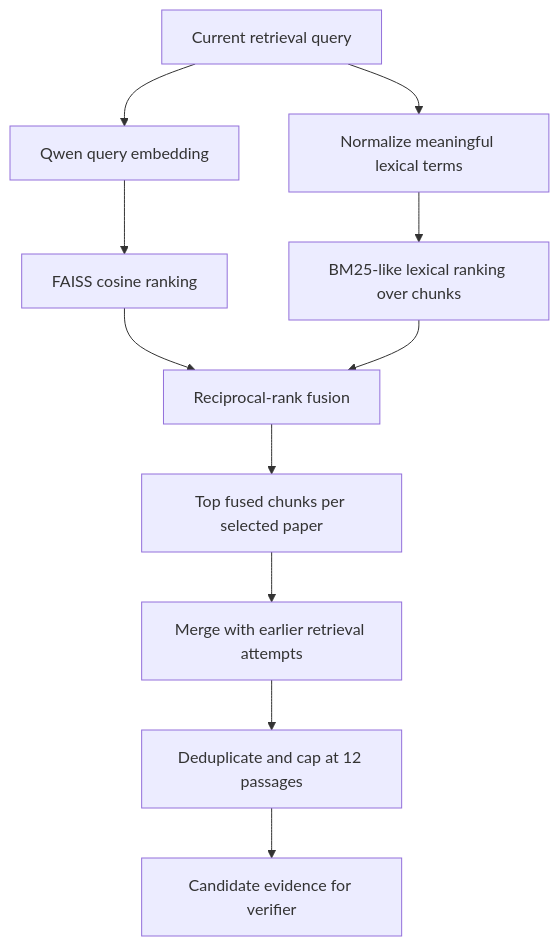
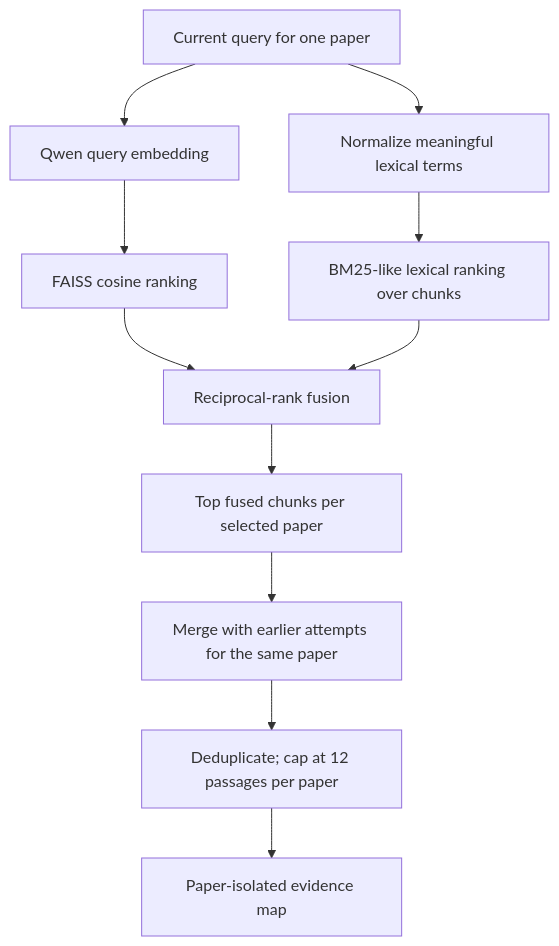
Before and after one commit to TQC0103/scientific-research-agent: the sixth of 10 diagrams in docs/SYSTEM_VISUALIZATION.md, drawn with Mermaid. The commit also changed other lines of this file and 16 other files, not shown here.

Commit message:
Add per-paper evidence coverage

````diff
--- a/docs/SYSTEM_VISUALIZATION.md
+++ b/docs/SYSTEM_VISUALIZATION.md
@@ -130,13 +135,13 @@
 ```mermaid
 flowchart TD
-    QUERY["Current retrieval query"] --> DENSE_EMBED["Qwen query embedding"]
+    QUERY["Current query for one paper"] --> DENSE_EMBED["Qwen query embedding"]
     DENSE_EMBED --> FAISS["FAISS cosine ranking"]
     QUERY --> TOKENS["Normalize meaningful lexical terms"]
     TOKENS --> LEXICAL["BM25-like lexical ranking over chunks"]
     FAISS --> RRF["Reciprocal-rank fusion"]
     LEXICAL --> RRF
     RRF --> TOP["Top fused chunks per selected paper"]
-    TOP --> MERGE["Merge with earlier retrieval attempts"]
-    MERGE --> DEDUPE["Deduplicate and cap at 12 passages"]
-    DEDUPE --> EVIDENCE["Candidate evidence for verifier"]
+    TOP --> MERGE["Merge with earlier attempts for the same paper"]
+    MERGE --> DEDUPE["Deduplicate; cap at 12 passages per paper"]
+    DEDUPE --> EVIDENCE["Paper-isolated evidence map"]
 ```
````
